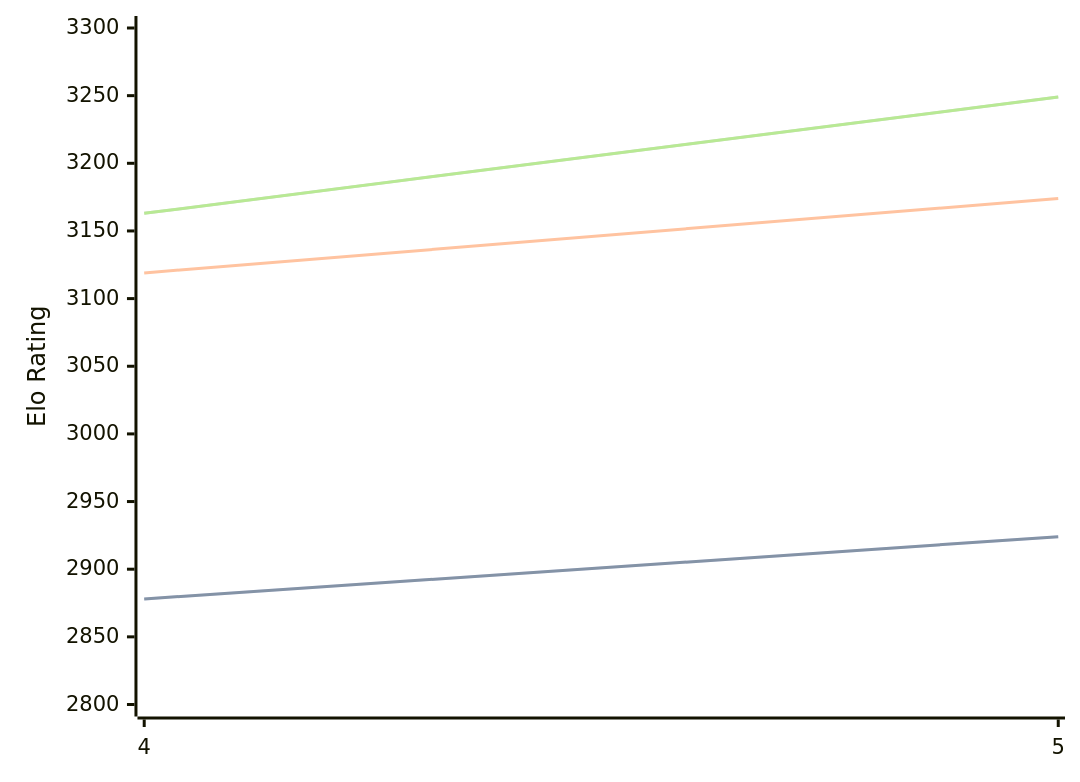
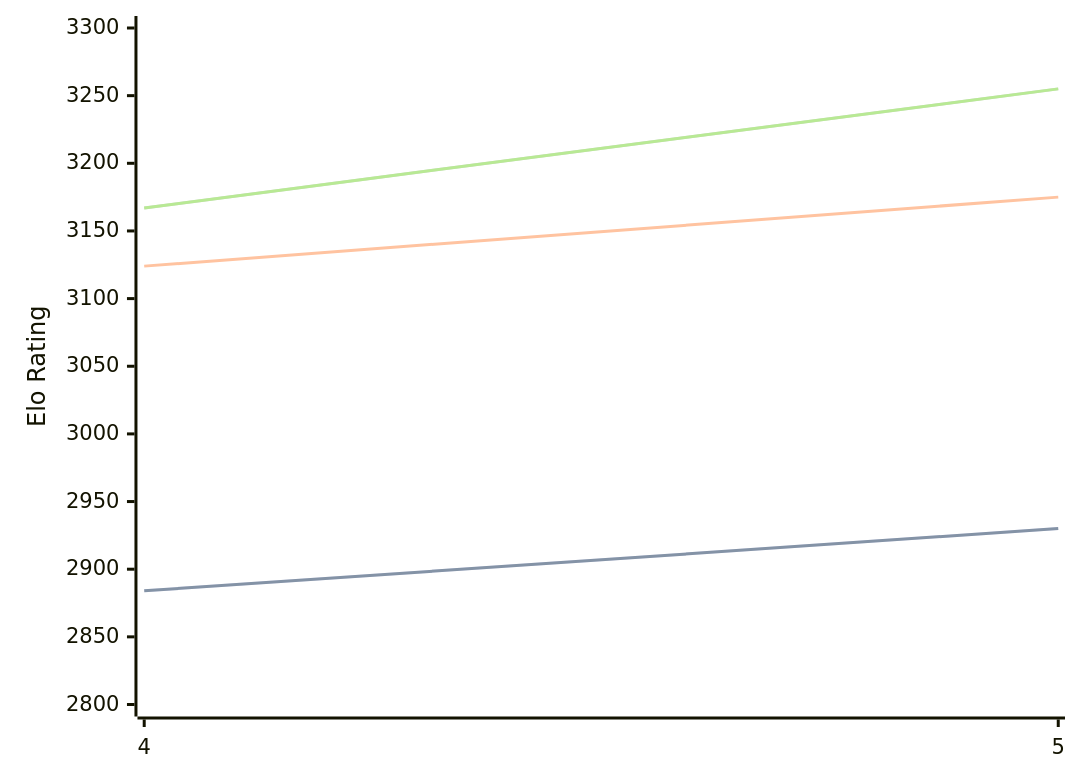
Before and after one commit to computer-chess-index/cci: the diagram in engines/Cwtch.md, drawn with Mermaid. The commit also changed other lines of this file, not shown here.

Commit message:
Update CCI Ratings (ELO VLTC) - 2026-04-14

````diff
--- a/engines/Cwtch.md
+++ b/engines/Cwtch.md
@@ -34,11 +34,11 @@
 ```mermaid
 %%{init: {"theme":"base","themeVariables":{"seriesColors:['#a3a3a3','#222221','#faa371']}}}%%
 xychart-beta
   x-axis ["4", "5"]
   y-axis "Elo Rating" 2800 --> 3300
-  line "STC (8.0+0.08s)" [2878, 2924]
-  line "STC (8.0+0.08s)" [2878, 2924]
-  line "LTC (60.0+0.60s)" [3119, 3174]
-  line "VLTC (2m24s+1.12s)" [3163, 3249]
-  line "VLTC (2m24s+1.12s)" [3163, 3249]
+  line "STC (8.0+0.08s)" [2884, 2930]
+  line "STC (8.0+0.08s)" [2884, 2930]
+  line "LTC (60.0+0.60s)" [3124, 3175]
+  line "VLTC (2m24s+1.12s)" [3167, 3255]
+  line "VLTC (2m24s+1.12s)" [3167, 3255]
 ```
````
